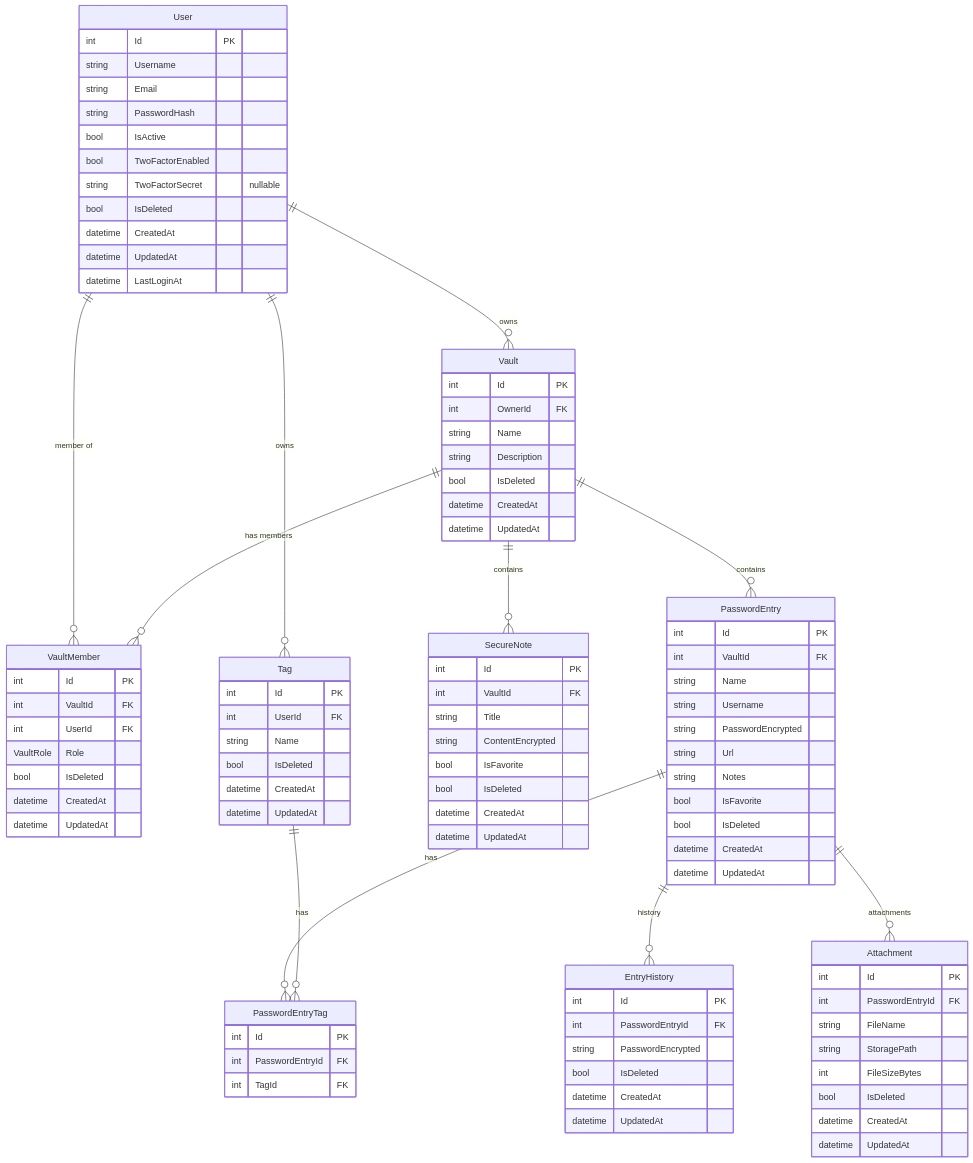
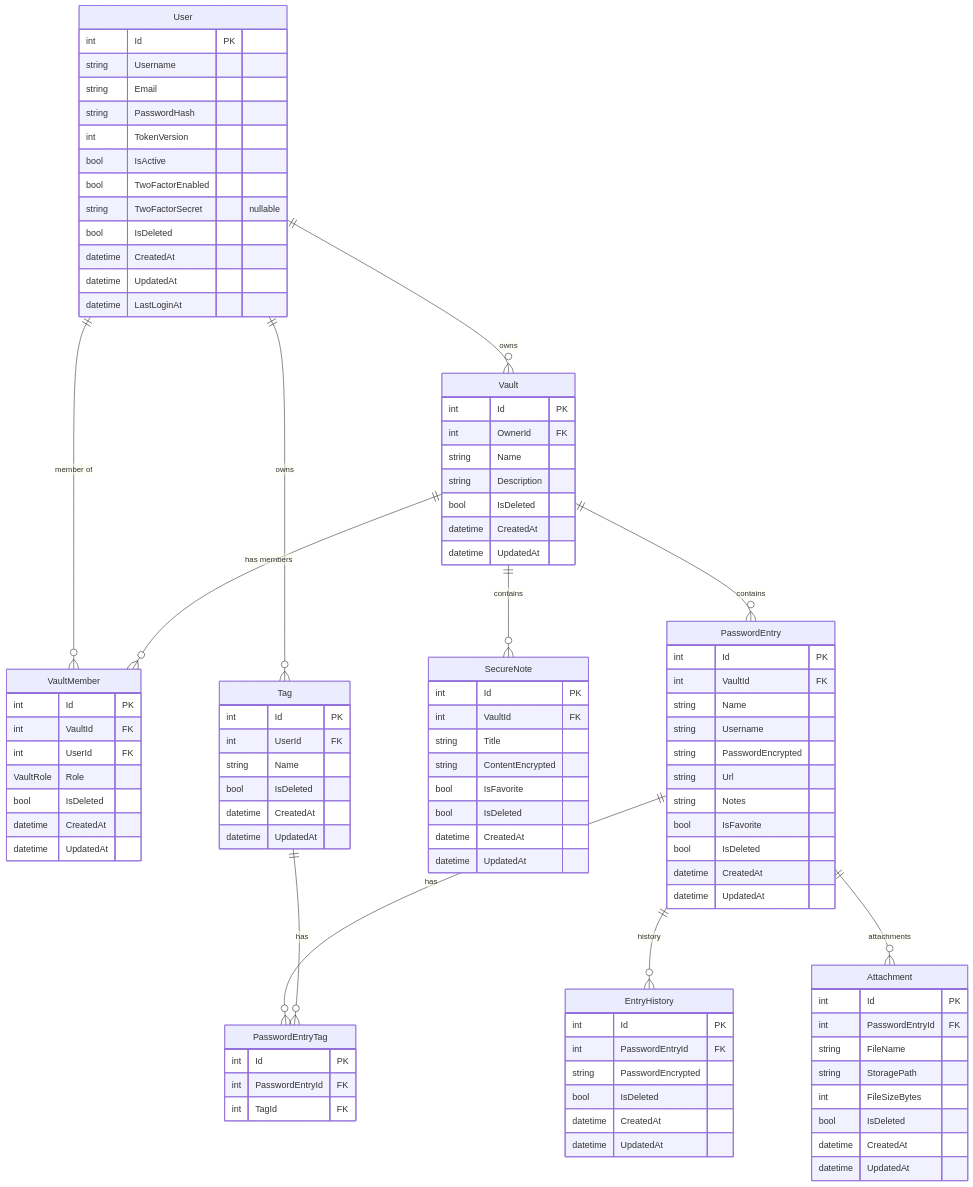
Before and after one commit to nicolasroumec/TheShed: the diagram in docs/DATABASE.md, drawn with Mermaid. The commit also changed other lines of this file and 7 other files, not shown here.

```diff
--- a/docs/DATABASE.md
+++ b/docs/DATABASE.md
@@ -8,6 +8,7 @@
         string Username
         string Email
         string PasswordHash
+        int TokenVersion
         bool IsActive
         bool TwoFactorEnabled
         string TwoFactorSecret "nullable"
```
